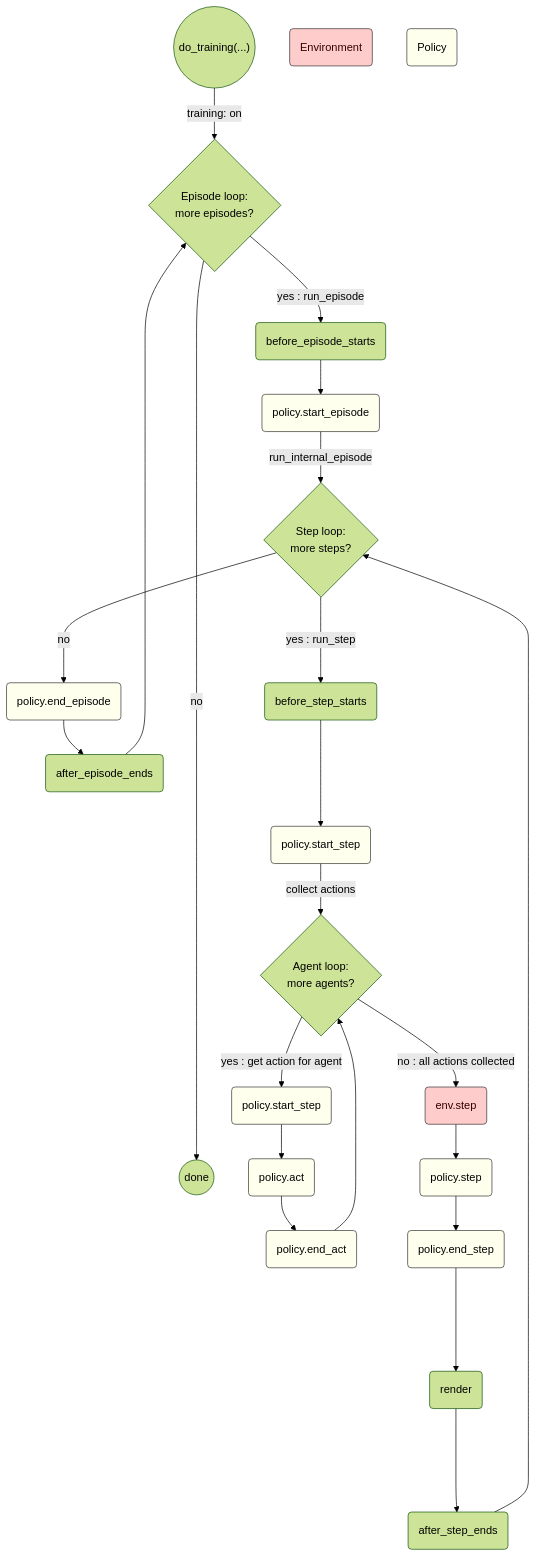
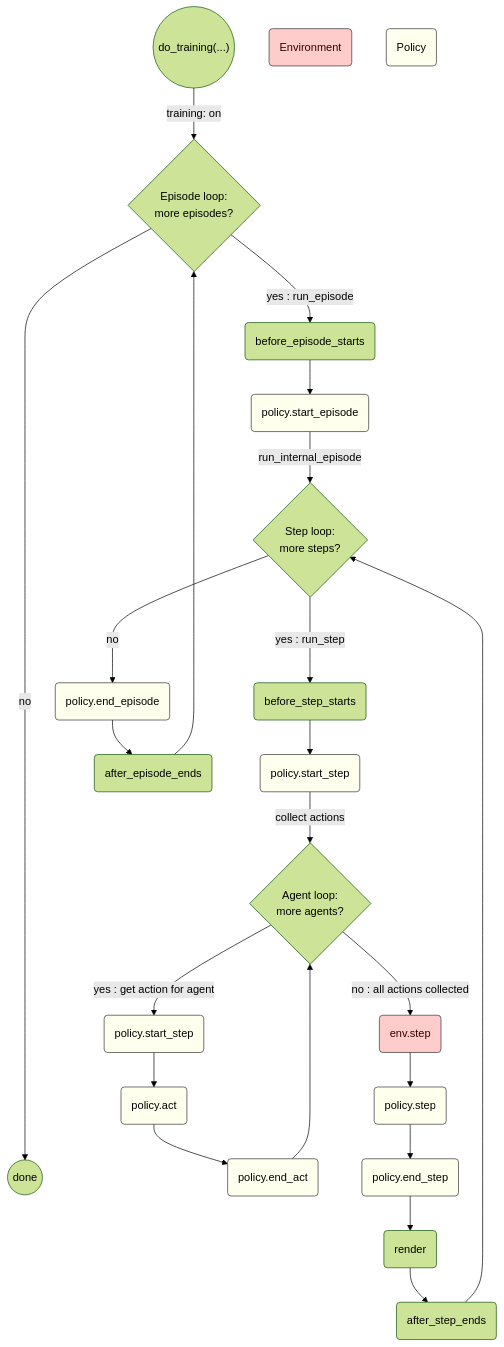
Before and after one commit to aiAdrian/flatland_solver_policy: the third of 3 diagrams in README.md, drawn with Mermaid (forest theme).

````diff
--- a/README.md
+++ b/README.md
@@ -108,41 +108,41 @@
 ```mermaid
 flowchart TD
     Solver(("do_training(...)"))
     Solver --> |training: on| C{Episode loop:\n more episodes?}
     C -------------> |no| End(( done ))
     C --> |yes : run_episode| D1(before_episode_starts)
     D1 --> D2(policy.start_episode)
     D2 --> |run_internal_episode| E{Step loop:\n more steps?}
     F1 --> |collect actions| G{Agent loop:\n more agents?}
     E ---> |yes : run_step| E1(before_step_starts)
-    E1 ---> F1(policy.start_step)
+    E1 --> F1(policy.start_step)
     G -->  |yes : get action for agent| G1(policy.start_step)
     G1 --> G2(policy.act)
     G2 --> G3(policy.end_act)
     G3 --> G
     G --> |no : all actions collected|F2(env.step)
     F2 --> F3(policy.step)
     F3 --> F4(policy.end_step)
     F6 --> E 
     D5 --> C
     E ---> |no| D4(policy.end_episode)
     D4 --> D5(after_episode_ends) 
-    F4 ----> F5(render)
-    F5 ----> F6(after_step_ends)
+    F4 --> F5(render)
+    F5 --> F6(after_step_ends)
     
     Env(Environment)
     Policy(Policy)
     
     style D2 fill:#ffe,stroke:#333,stroke-width:1px 
     style F1 fill:#ffe,stroke:#333,stroke-width:1px 
     style D4 fill:#ffe,stroke:#333,stroke-width:1px 
     style G1 fill:#ffe,stroke:#333,stroke-width:1px 
     style G2 fill:#ffe,stroke:#333,stroke-width:1px 
     style G3 fill:#ffe,stroke:#333,stroke-width:1px 
     style F3 fill:#ffe,stroke:#333,stroke-width:1px 
     style F4 fill:#ffe,stroke:#333,stroke-width:1px 
 
     style Policy fill:#ffe,stroke:#333,stroke-width:1px 
     style F2 fill:#fcc,stroke:#333,stroke-width:1px,color:#300
     style Env fill:#fcc,stroke:#333,stroke-width:1px,color:#300
 ```
````
